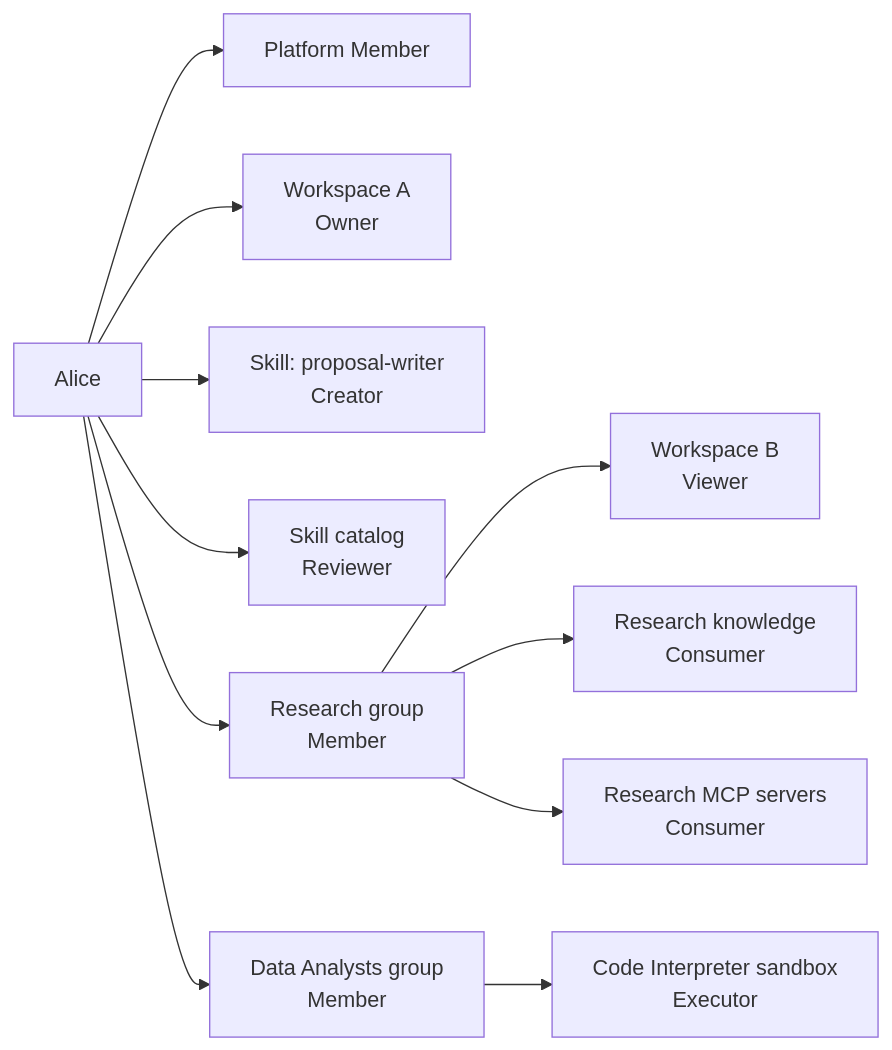
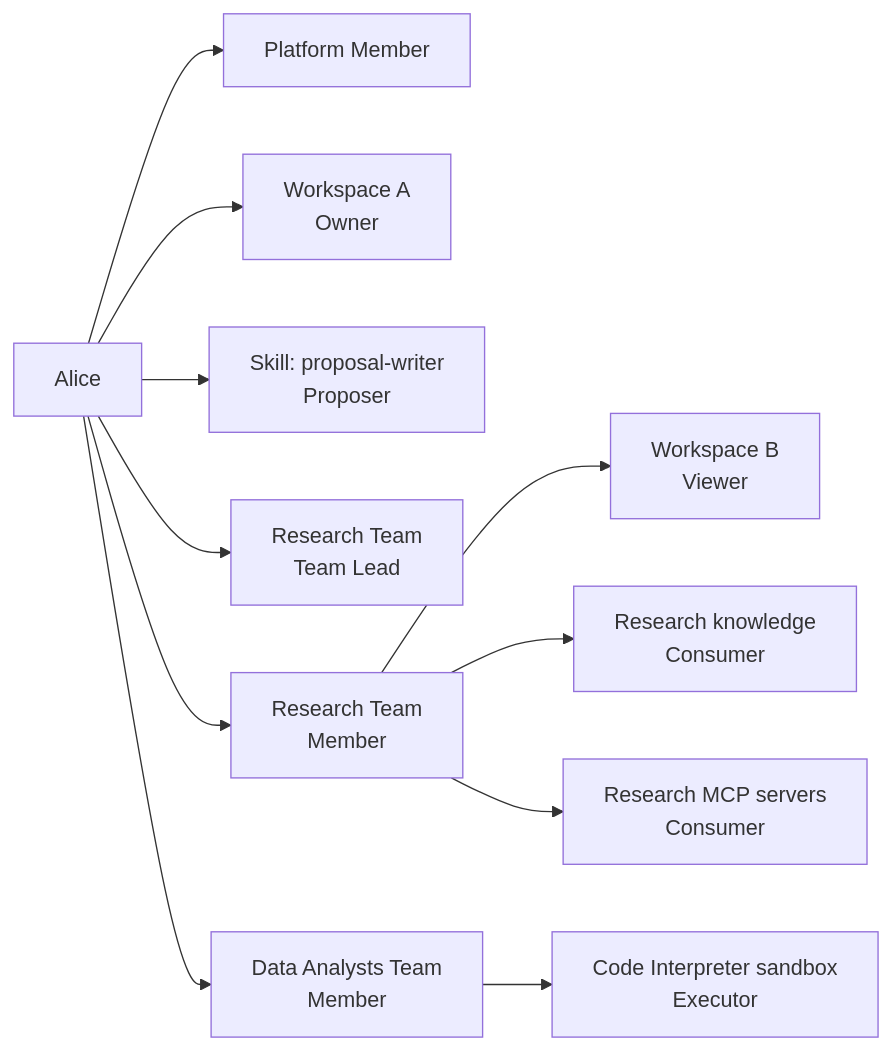
One commit to plc1220/HelpUDoc changed the sixth of 6 diagrams in docs/unified-governance-and-role-model-spec.md. Above: the diagram before and after it, drawn with Mermaid. The commit also changed other lines of this file and 9 other files, not shown here.

Commit message:
feat(governance): align team permissions and workspace flows

````diff
--- a/docs/unified-governance-and-role-model-spec.md
+++ b/docs/unified-governance-and-role-model-spec.md
@@ -743,25 +814,25 @@
 ```mermaid
 flowchart LR
     U["Alice"]
     PM["Platform Member"]
     WA["Workspace A<br/>Owner"]
-    SC["Skill: proposal-writer<br/>Creator"]
-    SR["Skill catalog<br/>Reviewer"]
-    GM["Research group<br/>Member"]
+    SC["Skill: proposal-writer<br/>Proposer"]
+    SR["Research Team<br/>Team Lead"]
+    GM["Research Team<br/>Member"]
     WB["Workspace B<br/>Viewer"]
     KC["Research knowledge<br/>Consumer"]
     MCP["Research MCP servers<br/>Consumer"]
     SE["Code Interpreter sandbox<br/>Executor"]
-    DG["Data Analysts group<br/>Member"]
+    DG["Data Analysts Team<br/>Member"]
 
     U --> PM
     U --> WA
     U --> SC
     U --> SR
     U --> GM
     U --> DG
     GM --> WB
     GM --> KC
     GM --> MCP
     DG --> SE
 ```
````
